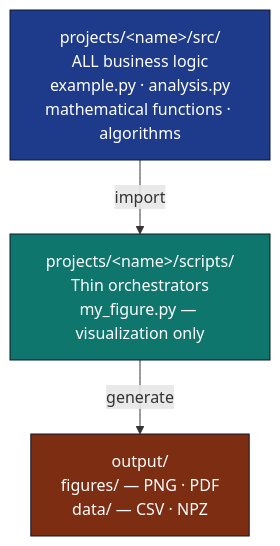
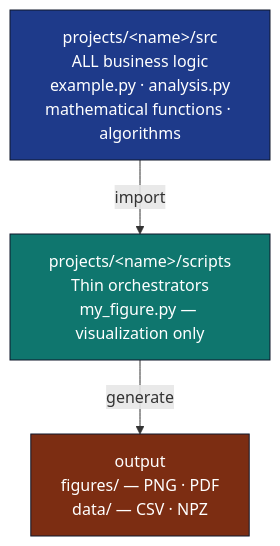
Before and after one commit to docxology/template: the first of 2 diagrams in docs/guides/figures-and-analysis.md, drawn with Mermaid. The commit also changed other lines of this file and 164 other files, not shown here.

````diff
--- a/docs/guides/figures-and-analysis.md
+++ b/docs/guides/figures-and-analysis.md
@@ -47,16 +47,16 @@
 ```mermaid
 flowchart TB
-    SRC["projects/&lt;name&gt;/src/<br/>ALL business logic<br/>example.py · analysis.py<br/>mathematical functions · algorithms"]
-    SCR["projects/&lt;name&gt;/scripts/<br/>Thin orchestrators<br/>my_figure.py — visualization only"]
-    OUT["output/<br/>figures/ — PNG · PDF<br/>data/ — CSV · NPZ"]
+    SRC["projects/&lt;name&gt;/src<br/>ALL business logic<br/>example.py · analysis.py<br/>mathematical functions · algorithms"]
+    SCR["projects/&lt;name&gt;/scripts<br/>Thin orchestrators<br/>my_figure.py — visualization only"]
+    OUT["output<br/>figures/ — PNG · PDF<br/>data/ — CSV · NPZ"]
 
     SRC -- import --> SCR
     SCR -- generate --> OUT
 
     classDef logic fill:#1e3a8a,stroke:#0f172a,color:#fff
     classDef orch fill:#0f766e,stroke:#0f172a,color:#fff
     classDef out fill:#7c2d12,stroke:#0f172a,color:#fff
     class SRC logic
     class SCR orch
     class OUT out
 ```
````
